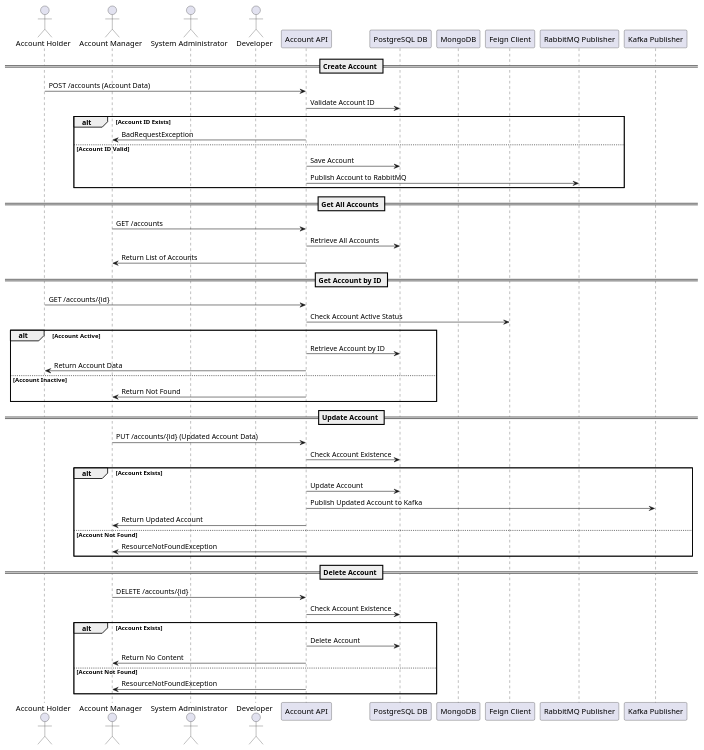
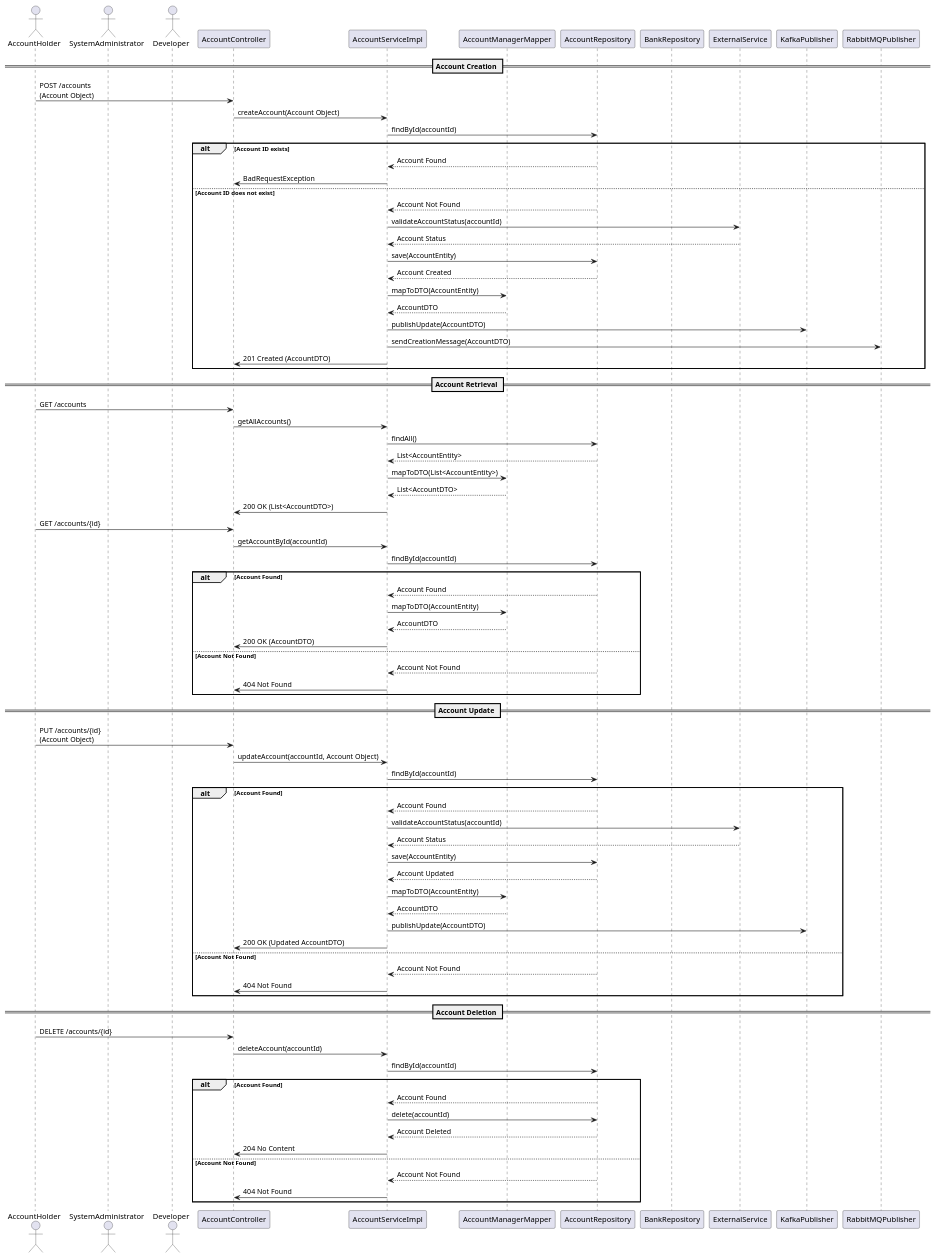
Before and after one commit to Bhaskar-Pavan/AccountService: the diagram in design_document/Account_Service_trial.md, drawn with PlantUML. The commit also changed other lines of this file, not shown here.

````diff
--- a/design_document/Account_Service_trial.md
+++ b/design_document/Account_Service_trial.md
@@ -37,60 +37,90 @@
 ```plantuml
 @startuml
-actor "Account Holder" as AH
-actor "Account Manager" as AM
-actor "System Administrator" as SA
-actor "Developer" as D
-participant "Account API" as API
-participant "PostgreSQL DB" as PG
-participant "MongoDB" as MB
-participant "Feign Client" as FC
-participant "RabbitMQ Publisher" as RQ
-participant "Kafka Publisher" as KP
+actor AccountHolder
+actor SystemAdministrator
+actor Developer
+participant AccountController
+participant AccountServiceImpl
+participant AccountManagerMapper
+participant AccountRepository
+participant BankRepository
+participant ExternalService
+participant KafkaPublisher
+participant RabbitMQPublisher
 
-== Create Account ==
-AH -> API : POST /accounts (Account Data)
-API -> PG : Validate Account ID
-alt Account ID Exists
-    API -> AM : BadRequestException
-else Account ID Valid
-    API -> PG : Save Account
-    API -> RQ : Publish Account to RabbitMQ
+== Account Creation ==
+AccountHolder -> AccountController: POST /accounts\n(Account Object)
+AccountController -> AccountServiceImpl: createAccount(Account Object)
+AccountServiceImpl -> AccountRepository: findById(accountId)
+alt Account ID exists
+    AccountRepository --> AccountServiceImpl: Account Found
+    AccountServiceImpl -> AccountController: BadRequestException
+else Account ID does not exist
+    AccountRepository --> AccountServiceImpl: Account Not Found
+    AccountServiceImpl -> ExternalService: validateAccountStatus(accountId)
+    ExternalService --> AccountServiceImpl: Account Status
+    AccountServiceImpl -> AccountRepository: save(AccountEntity)
+    AccountRepository --> AccountServiceImpl: Account Created
+    AccountServiceImpl -> AccountManagerMapper: mapToDTO(AccountEntity)
+    AccountManagerMapper --> AccountServiceImpl: AccountDTO
+    AccountServiceImpl -> KafkaPublisher: publishUpdate(AccountDTO)
+    AccountServiceImpl -> RabbitMQPublisher: sendCreationMessage(AccountDTO)
+    AccountServiceImpl -> AccountController: 201 Created (AccountDTO)
 end
 
-== Get All Accounts ==
-AM -> API : GET /accounts
-API -> PG : Retrieve All Accounts
-API -> AM : Return List of Accounts
+== Account Retrieval ==
+AccountHolder -> AccountController: GET /accounts
+AccountController -> AccountServiceImpl: getAllAccounts()
+AccountServiceImpl -> AccountRepository: findAll()
+AccountRepository --> AccountServiceImpl: List<AccountEntity>
+AccountServiceImpl -> AccountManagerMapper: mapToDTO(List<AccountEntity>)
+AccountManagerMapper --> AccountServiceImpl: List<AccountDTO>
+AccountServiceImpl -> AccountController: 200 OK (List<AccountDTO>)
 
-== Get Account by ID ==
-AH -> API : GET /accounts/{id}
-API -> FC : Check Account Active Status
-alt Account Active
-    API -> PG : Retrieve Account by ID
-    API -> AH : Return Account Data
-else Account Inactive
-    API -> AM : Return Not Found
+AccountHolder -> AccountController: GET /accounts/{id}
+AccountController -> AccountServiceImpl: getAccountById(accountId)
+AccountServiceImpl -> AccountRepository: findById(accountId)
+alt Account Found
+    AccountRepository --> AccountServiceImpl: Account Found
+    AccountServiceImpl -> AccountManagerMapper: mapToDTO(AccountEntity)
+    AccountManagerMapper --> AccountServiceImpl: AccountDTO
+    AccountServiceImpl -> AccountController: 200 OK (AccountDTO)
+else Account Not Found
+    AccountRepository --> AccountServiceImpl: Account Not Found
+    AccountServiceImpl -> AccountController: 404 Not Found
 end
 
-== Update Account ==
-AM -> API : PUT /accounts/{id} (Updated Account Data)
-API -> PG : Check Account Existence
-alt Account Exists
-    API -> PG : Update Account
-    API -> KP : Publish Updated Account to Kafka
-    API -> AM : Return Updated Account
+== Account Update ==
+AccountHolder -> AccountController: PUT /accounts/{id}\n(Account Object)
+AccountController -> AccountServiceImpl: updateAccount(accountId, Account Object)
+AccountServiceImpl -> AccountRepository: findById(accountId)
+alt Account Found
+    AccountRepository --> AccountServiceImpl: Account Found
+    AccountServiceImpl -> ExternalService: validateAccountStatus(accountId)
+    ExternalService --> AccountServiceImpl: Account Status
+    AccountServiceImpl -> AccountRepository: save(AccountEntity)
+    AccountRepository --> AccountServiceImpl: Account Updated
+    AccountServiceImpl -> AccountManagerMapper: mapToDTO(AccountEntity)
+    AccountManagerMapper --> AccountServiceImpl: AccountDTO
+    AccountServiceImpl -> KafkaPublisher: publishUpdate(AccountDTO)
+    AccountServiceImpl -> AccountController: 200 OK (Updated AccountDTO)
 else Account Not Found
-    API -> AM : ResourceNotFoundException
+    AccountRepository --> AccountServiceImpl: Account Not Found
+    AccountServiceImpl -> AccountController: 404 Not Found
 end
 
-== Delete Account ==
-AM -> API : DELETE /accounts/{id}
-API -> PG : Check Account Existence
-alt Account Exists
-    API -> PG : Delete Account
-    API -> AM : Return No Content
+== Account Deletion ==
+AccountHolder -> AccountController: DELETE /accounts/{id}
+AccountController -> AccountServiceImpl: deleteAccount(accountId)
+AccountServiceImpl -> AccountRepository: findById(accountId)
+alt Account Found
+    AccountRepository --> AccountServiceImpl: Account Found
+    AccountServiceImpl -> AccountRepository: delete(accountId)
+    AccountRepository --> AccountServiceImpl: Account Deleted
+    AccountServiceImpl -> AccountController: 204 No Content
 else Account Not Found
-    API -> AM : ResourceNotFoundException
+    AccountRepository --> AccountServiceImpl: Account Not Found
+    AccountServiceImpl -> AccountController: 404 Not Found
 end
 
 @enduml
````
